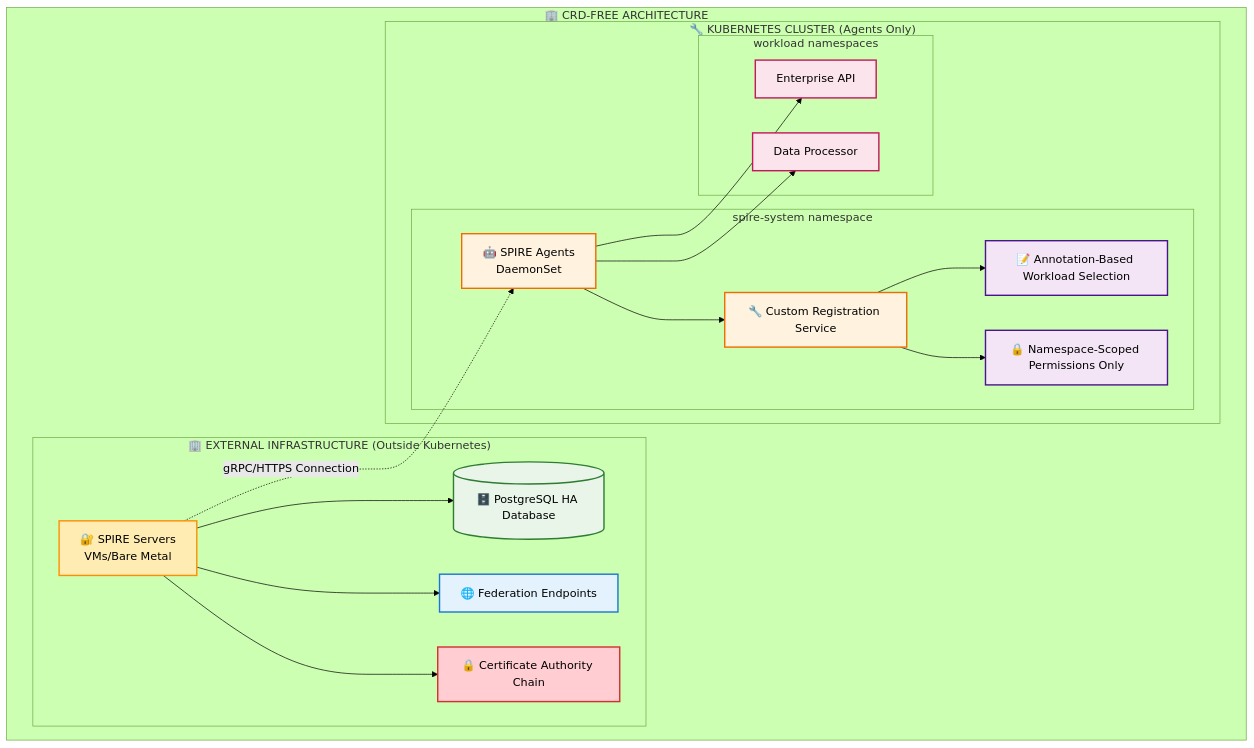
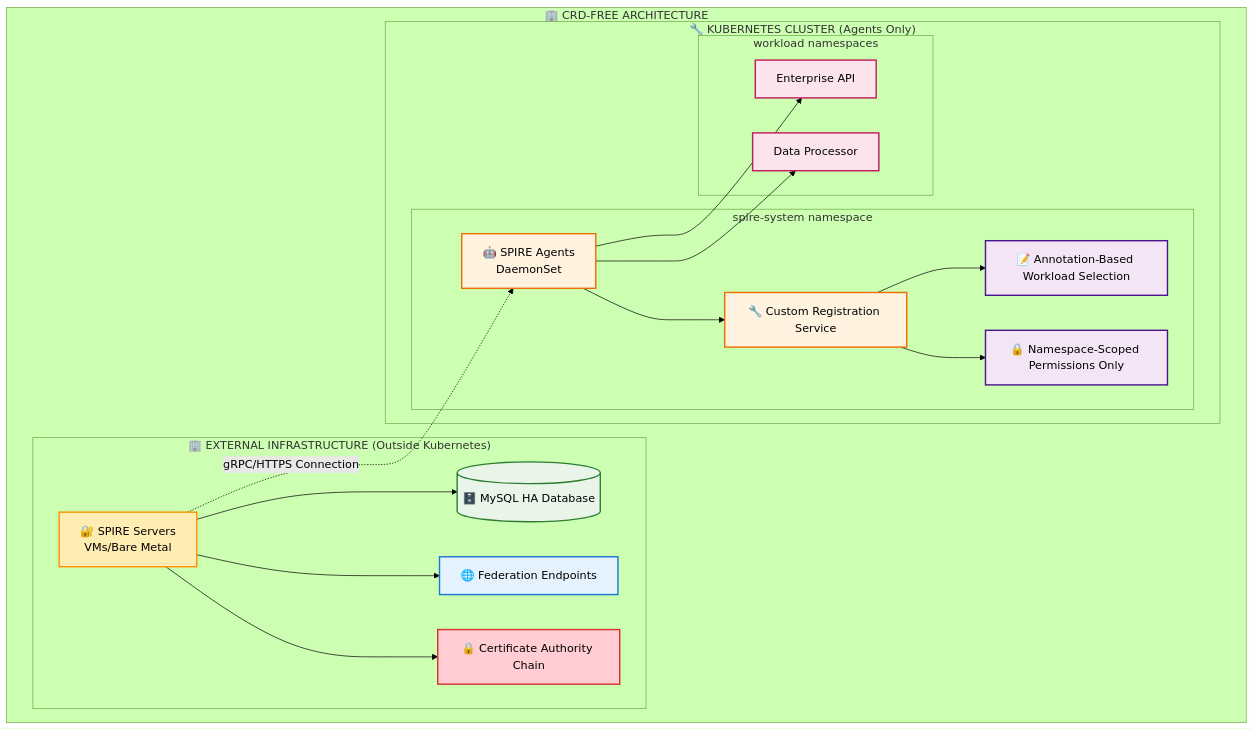
The second of 2 diagrams in docs/ENTERPRISE_DEPLOYMENT_GUIDE.md (jfiser247/spire-dev), drawn with Mermaid (forest theme) before and after one commit. The commit also changed other lines of this file and 50 other files, not shown here.

````diff
--- a/docs/ENTERPRISE_DEPLOYMENT_GUIDE.md
+++ b/docs/ENTERPRISE_DEPLOYMENT_GUIDE.md
@@ -354,51 +354,51 @@
 ```mermaid
 graph TB
     subgraph "🏢 CRD-FREE ARCHITECTURE"
         subgraph "🏢 EXTERNAL INFRASTRUCTURE (Outside Kubernetes)"
             ES[🔐 SPIRE Servers<br/>VMs/Bare Metal]
-            EDB[(🗄️ PostgreSQL HA Database)]
+            EDB[(🗄️ MySQL HA Database)]
             FE[🌐 Federation Endpoints]
             CA[🔒 Certificate Authority Chain]
             
             ES --> EDB
             ES --> FE
             ES --> CA
         end
         
         subgraph "🔧 KUBERNETES CLUSTER (Agents Only)"
             subgraph "spire-system namespace"
                 KA[🤖 SPIRE Agents<br/>DaemonSet]
                 RS[🔧 Custom Registration Service]
                 AS[📝 Annotation-Based Workload Selection]
                 NS[🔒 Namespace-Scoped Permissions Only]
                 
                 KA --> RS
                 RS --> AS
                 RS --> NS
             end
             
             subgraph "workload namespaces"
                 WL1[Enterprise API]
                 WL2[Data Processor]
                 
                 KA --> WL1
                 KA --> WL2
             end
         end
     end
     
     %% External connection
     ES -.->|gRPC/HTTPS Connection| KA
     
     %% Consistent styling
     style ES fill:#ffecb3,stroke:#ff8f00,stroke-width:2px,stroke-dasharray:0
     style EDB fill:#e8f5e8,stroke:#2e7d32,stroke-width:2px,stroke-dasharray:0
     style FE fill:#e3f2fd,stroke:#1976d2,stroke-width:2px,stroke-dasharray:0
     style CA fill:#ffcdd2,stroke:#d32f2f,stroke-width:2px,stroke-dasharray:0
     style KA fill:#fff3e0,stroke:#ef6c00,stroke-width:2px,stroke-dasharray:0
     style RS fill:#fff3e0,stroke:#ef6c00,stroke-width:2px,stroke-dasharray:0
     style AS fill:#f3e5f5,stroke:#4a148c,stroke-width:2px,stroke-dasharray:0
     style NS fill:#f3e5f5,stroke:#4a148c,stroke-width:2px,stroke-dasharray:0
     style WL1 fill:#fce4ec,stroke:#c2185b,stroke-width:2px,stroke-dasharray:0
     style WL2 fill:#fce4ec,stroke:#c2185b,stroke-width:2px,stroke-dasharray:0
 ```
````
